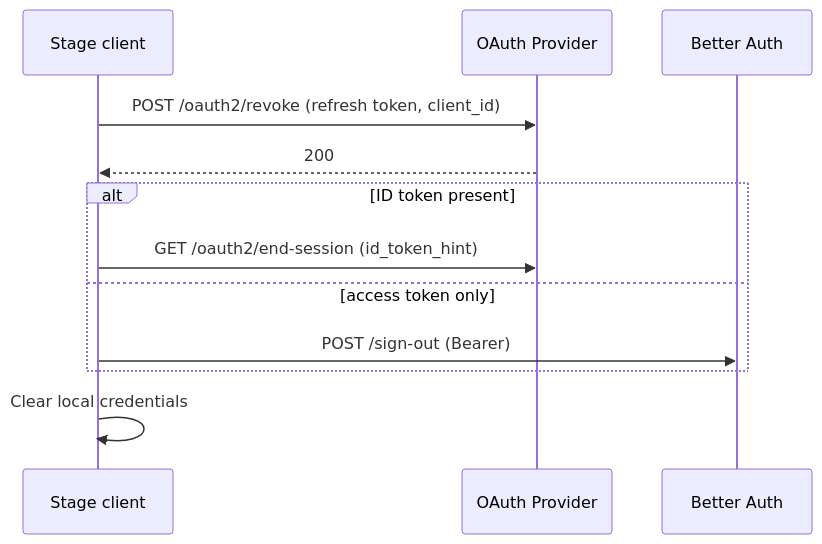
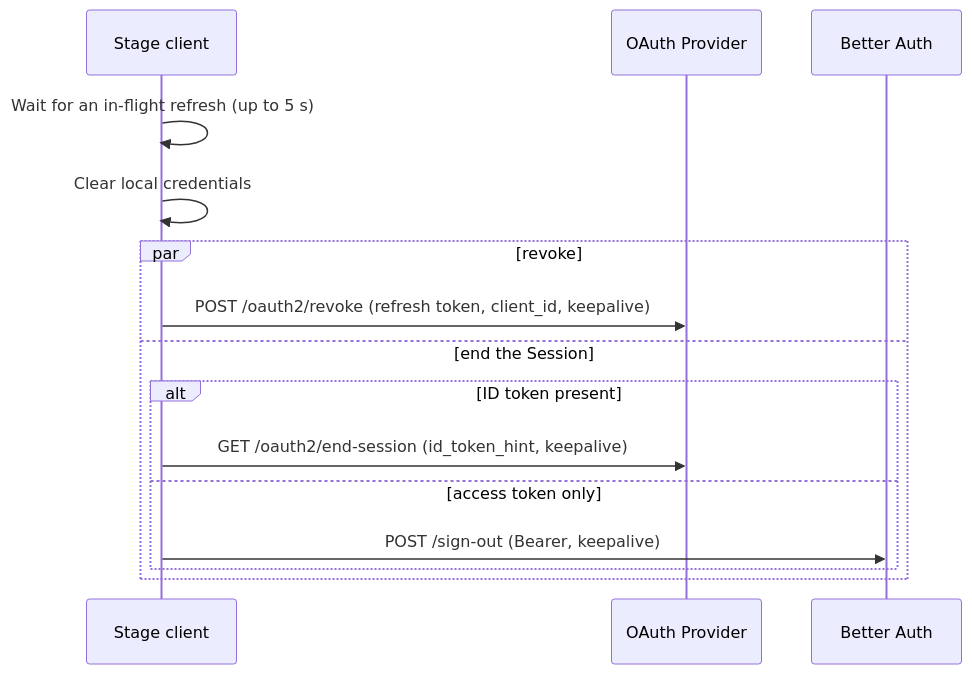
Before and after one commit to moeru-ai/airi: the first of 3 diagrams in server/docs/ai/adr/2026-09-20-oidc-jwt-session-boundary.md, drawn with Mermaid. The commit also changed other lines of this file and 3 other files, not shown here.

First line of the commit message:
fix(stage-ui): sign out locally first and end the server session in the background

````diff
--- a/server/docs/ai/adr/2026-09-20-oidc-jwt-session-boundary.md
+++ b/server/docs/ai/adr/2026-09-20-oidc-jwt-session-boundary.md
@@ -65,14 +71,17 @@
 ```mermaid
 sequenceDiagram
   participant C as Stage client
   participant P as OAuth Provider
   participant B as Better Auth
-  C->>P: POST /oauth2/revoke (refresh token, client_id)
-  P-->>C: 200
-  alt ID token present
-    C->>P: GET /oauth2/end-session (id_token_hint)
-  else access token only
-    C->>B: POST /sign-out (Bearer)
+  C->>C: Wait for an in-flight refresh (up to 5 s)
+  C->>C: Clear local credentials
+  par revoke
+    C->>P: POST /oauth2/revoke (refresh token, client_id, keepalive)
+  and end the Session
+    alt ID token present
+      C->>P: GET /oauth2/end-session (id_token_hint, keepalive)
+    else access token only
+      C->>B: POST /sign-out (Bearer, keepalive)
+    end
   end
-  C->>C: Clear local credentials
 ```
````
